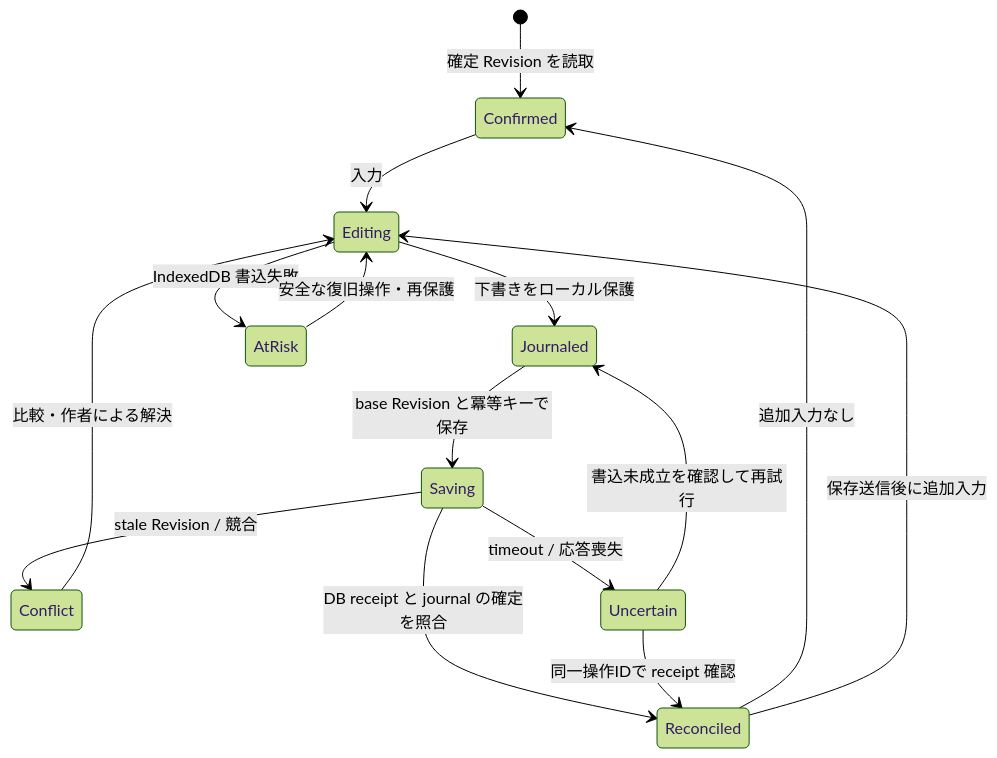
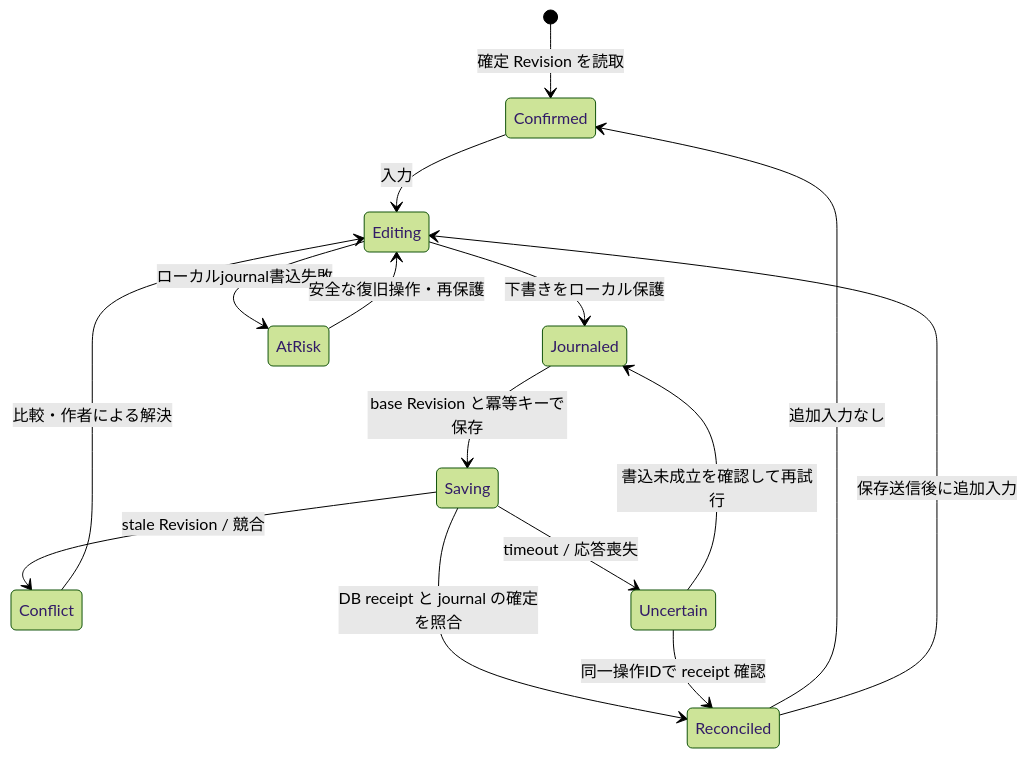
The fourth of 4 diagrams in docs/design/USER-SCREEN-FLOW.md (yohn-jp/codexia), drawn with Mermaid (forest theme) before and after one commit. The commit also changed other lines of this file and 8 other files, not shown here.

Commit message:
docs: adopt Desktop React and native SwiftUI iOS architecture

````diff
--- a/docs/design/USER-SCREEN-FLOW.md
+++ b/docs/design/USER-SCREEN-FLOW.md
@@ -103,17 +94,17 @@
 ```mermaid
 stateDiagram-v2
     [*] --> Confirmed : 確定 Revision を読取
     Confirmed --> Editing : 入力
     Editing --> Journaled : 下書きをローカル保護
-    Editing --> AtRisk : IndexedDB 書込失敗
+    Editing --> AtRisk : ローカルjournal書込失敗
     Journaled --> Saving : base Revision と冪等キーで保存
     Saving --> Reconciled : DB receipt と journal の確定を照合
     Reconciled --> Confirmed : 追加入力なし
     Reconciled --> Editing : 保存送信後に追加入力
     Saving --> Conflict : stale Revision / 競合
     Saving --> Uncertain : timeout / 応答喪失
     Conflict --> Editing : 比較・作者による解決
     Uncertain --> Reconciled : 同一操作IDで receipt 確認
     Uncertain --> Journaled : 書込未成立を確認して再試行
     AtRisk --> Editing : 安全な復旧操作・再保護
 ```
````
